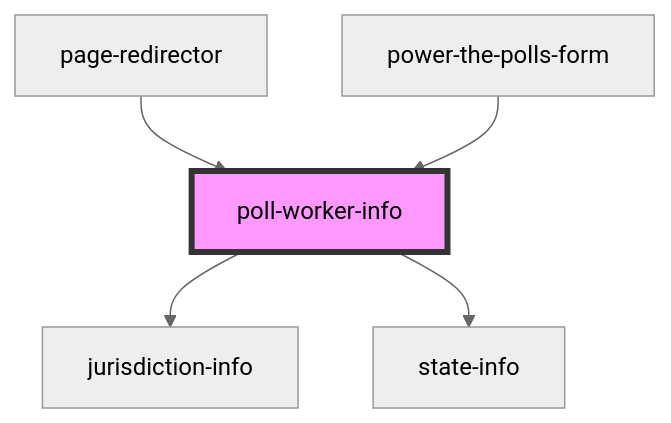
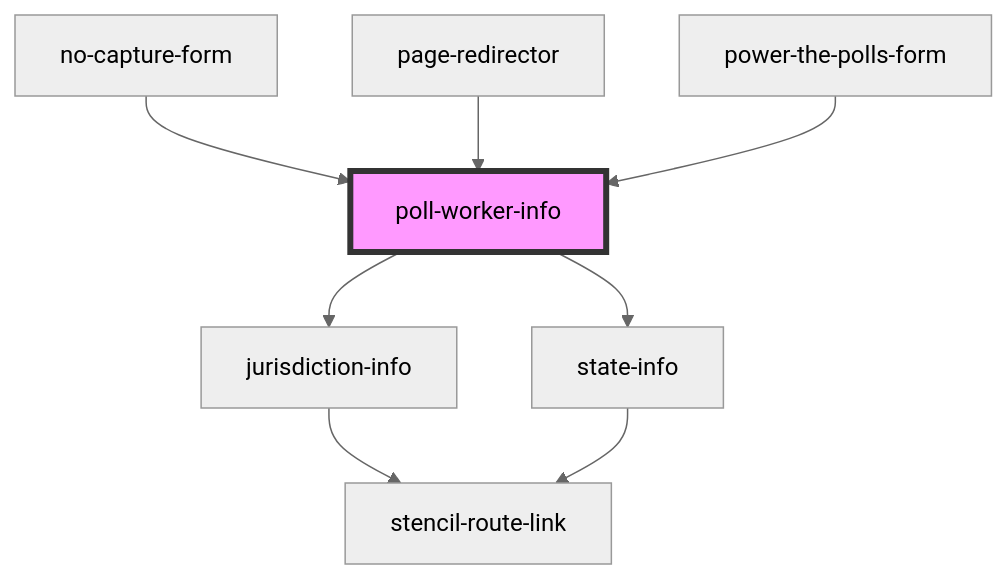
One commit to pizza-to-the-polls/power-the-polls changed the diagram in site/src/components/poll-worker-info/readme.md. Above: the diagram before and after it, drawn with Mermaid (neutral theme). The commit also changed other lines of this file and 8 other files, not shown here.

````diff
--- a/site/src/components/poll-worker-info/readme.md
+++ b/site/src/components/poll-worker-info/readme.md
@@ -30,8 +32,11 @@
 ```mermaid
 graph TD;
   poll-worker-info --> jurisdiction-info
   poll-worker-info --> state-info
+  jurisdiction-info --> stencil-route-link
+  state-info --> stencil-route-link
+  no-capture-form --> poll-worker-info
   page-redirector --> poll-worker-info
   power-the-polls-form --> poll-worker-info
   style poll-worker-info fill:#f9f,stroke:#333,stroke-width:4px
 ```
````
